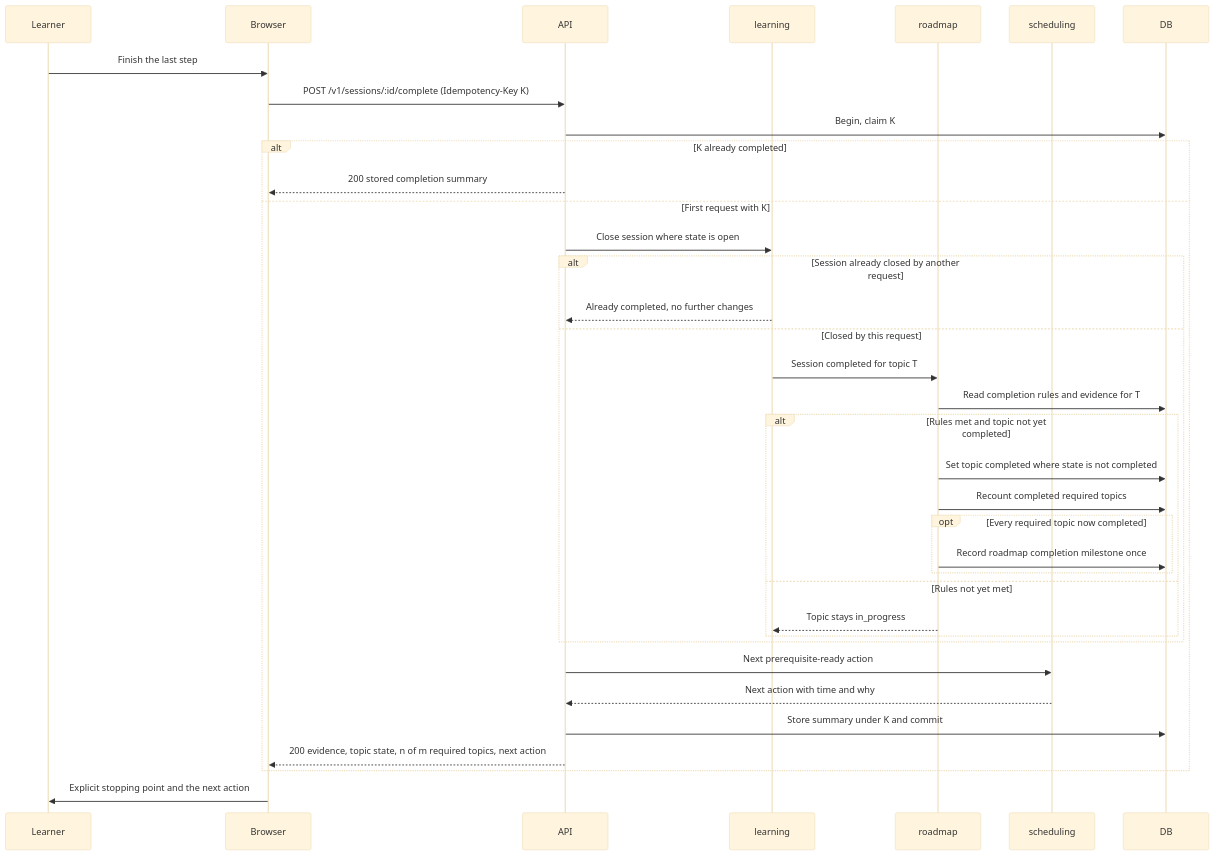
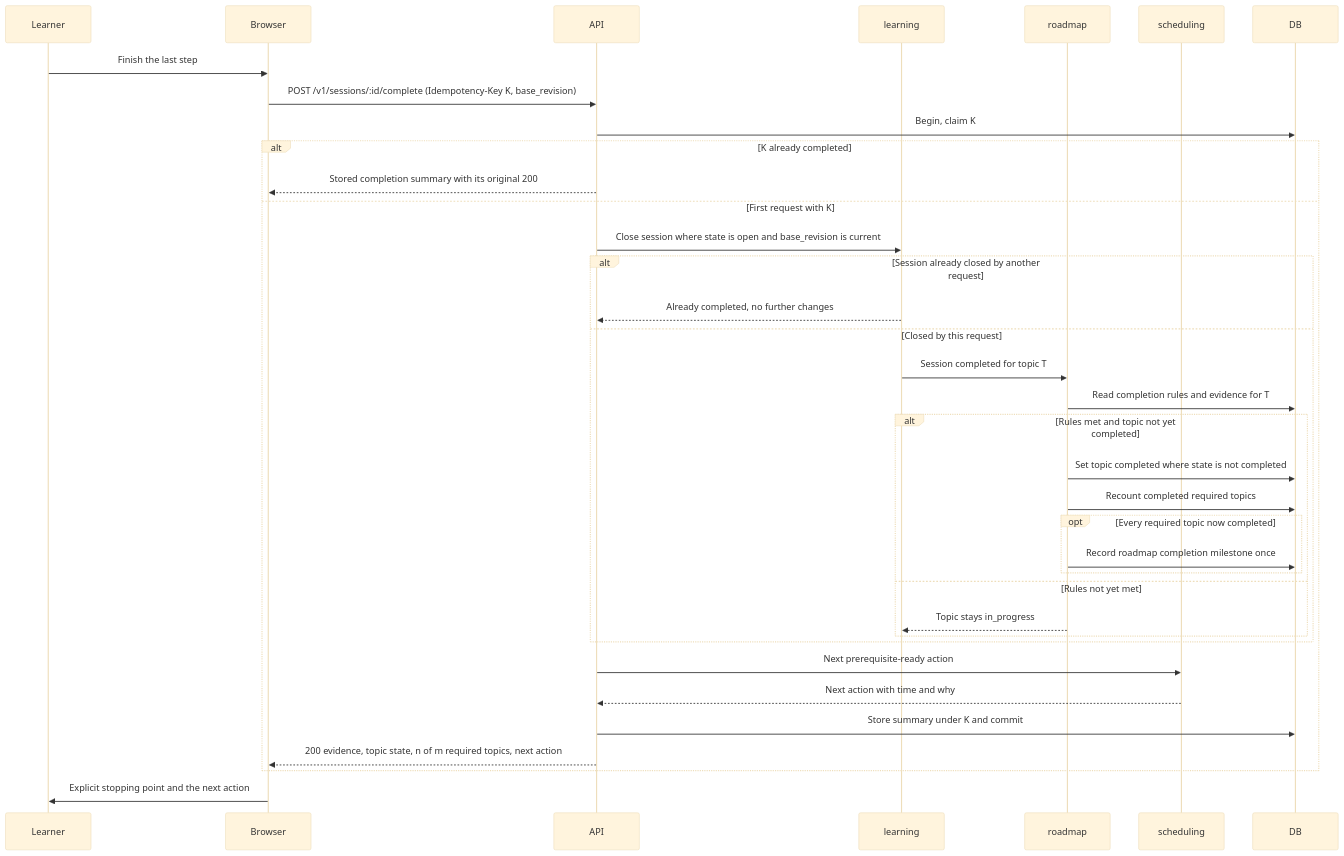
Before and after one commit to GhanshyamSoni68/app_idea: the tenth of 19 diagrams in devstep/docs/03-key-flows.md, drawn with Mermaid (base theme). The commit also changed other lines of this file and 8 other files, not shown here.

````diff
--- a/devstep/docs/03-key-flows.md
+++ b/devstep/docs/03-key-flows.md
@@ -600,38 +616,38 @@
 ```mermaid
 sequenceDiagram
     participant L as Learner
     participant B as Browser
     participant API
     participant LRN as learning
     participant RM as roadmap
     participant SCH as scheduling
     participant DB
     L->>B: Finish the last step
-    B->>API: POST /v1/sessions/:id/complete (Idempotency-Key K)
+    B->>API: POST /v1/sessions/:id/complete (Idempotency-Key K, base_revision)
     API->>DB: Begin, claim K
     alt K already completed
-        API-->>B: 200 stored completion summary
+        API-->>B: Stored completion summary with its original 200
     else First request with K
-        API->>LRN: Close session where state is open
+        API->>LRN: Close session where state is open and base_revision is current
         alt Session already closed by another request
             LRN-->>API: Already completed, no further changes
         else Closed by this request
             LRN->>RM: Session completed for topic T
             RM->>DB: Read completion rules and evidence for T
             alt Rules met and topic not yet completed
                 RM->>DB: Set topic completed where state is not completed
                 RM->>DB: Recount completed required topics
                 opt Every required topic now completed
                     RM->>DB: Record roadmap completion milestone once
                 end
             else Rules not yet met
                 RM-->>LRN: Topic stays in_progress
             end
         end
         API->>SCH: Next prerequisite-ready action
         SCH-->>API: Next action with time and why
         API->>DB: Store summary under K and commit
         API-->>B: 200 evidence, topic state, n of m required topics, next action
     end
     B->>L: Explicit stopping point and the next action
 ```
````
